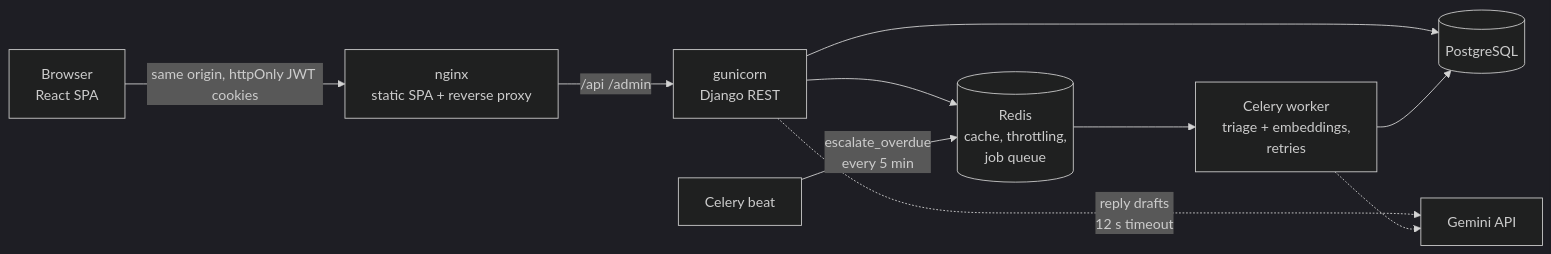
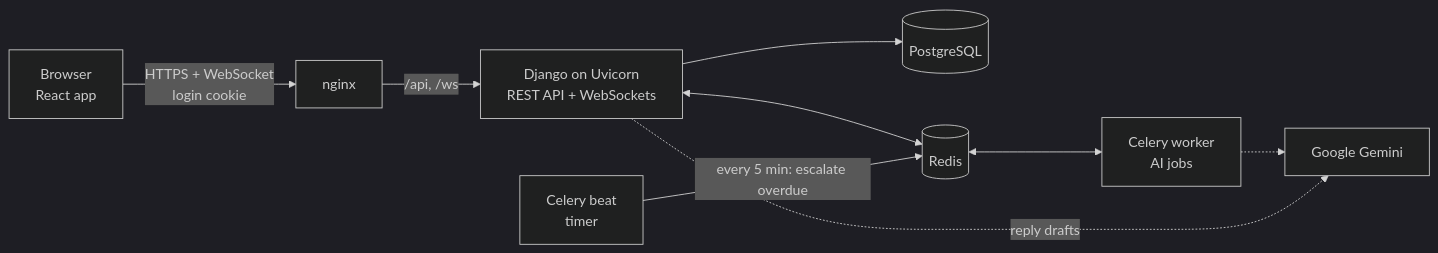
The diagram in README.md (swatishah946/SupportTicketSystem), drawn with Mermaid (dark theme) before and after one commit. The commit also changed other lines of this file and 52 other files, not shown here.

````diff
--- a/README.md
+++ b/README.md
@@ -69,12 +38,11 @@
 ```mermaid
 flowchart LR
-    B[Browser<br/>React SPA] -->|same origin, httpOnly JWT cookies| N[nginx<br/>static SPA + reverse proxy]
-    N -->|/api /admin| G[gunicorn<br/>Django REST]
-    G --> P[(PostgreSQL)]
-    G --> R[(Redis<br/>cache, throttling,<br/>job queue)]
-    G -.->|reply drafts<br/>12 s timeout| AI[Gemini API]
-    R --> W[Celery worker<br/>triage + embeddings,<br/>retries]
-    W -.-> AI
-    W --> P
-    BT[Celery beat] -->|escalate_overdue<br/>every 5 min| R
+    B[Browser<br/>React app] -->|HTTPS + WebSocket<br/>login cookie| N[nginx]
+    N -->|/api, /ws| D[Django on Uvicorn<br/>REST API + WebSockets]
+    D --> P[(PostgreSQL)]
+    D <--> R[(Redis)]
+    R <--> W[Celery worker<br/>AI jobs]
+    BT[Celery beat<br/>timer] -->|every 5 min: escalate overdue| R
+    W -.-> G[Google Gemini]
+    D -.->|reply drafts| G
 ```
````
